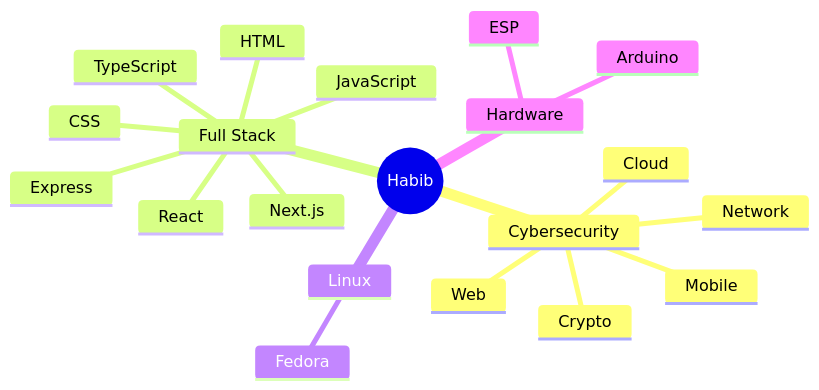
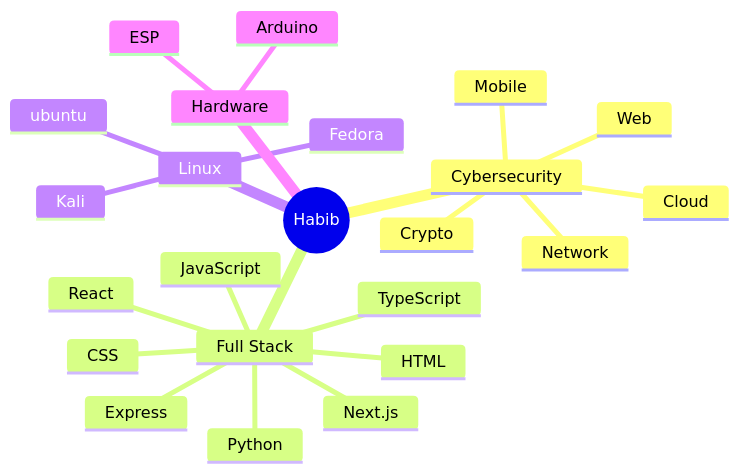
Before and after one commit to youse7abib/youse7abib: the diagram in habib.md, drawn with Mermaid. The commit also changed other lines of this file, not shown here.

````diff
--- a/habib.md
+++ b/habib.md
@@ -255,23 +249,26 @@
 ```mermaid
 mindmap
   root((Habib))
     Cybersecurity
       Web
       Mobile
       Network
       Cloud
       Crypto
     Full Stack
       HTML
       CSS
       JavaScript
       React
       Next.js
       Express
       TypeScript
+      Python
     Linux
       Fedora
+      ubuntu
+      Kali
     Hardware
       Arduino
       ESP
 ```
````
